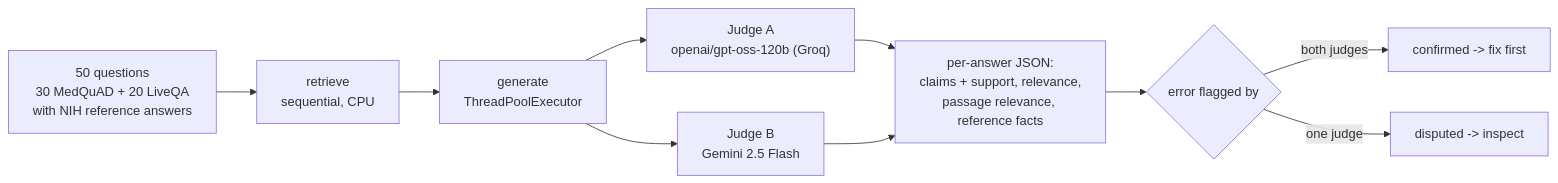
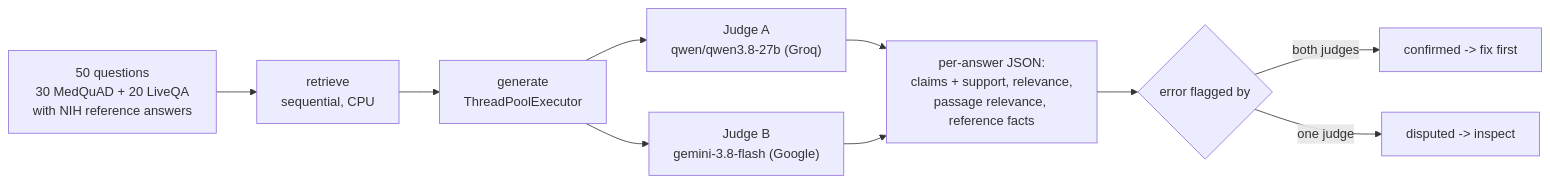
The ninth of 14 diagrams in README.md (pavanaditya123/healthcare-rag-assistant), drawn with Mermaid before and after one commit. The commit also changed other lines of this file, not shown here.

````diff
--- a/README.md
+++ b/README.md
@@ -486,12 +496,12 @@
 ```mermaid
 flowchart LR
     QS["50 questions<br/>30 MedQuAD + 20 LiveQA<br/>with NIH reference answers"] --> R["retrieve<br/>sequential, CPU"]
     R --> G["generate<br/>ThreadPoolExecutor"]
-    G --> J1["Judge A<br/>openai/gpt-oss-120b (Groq)"]
-    G --> J2["Judge B<br/>Gemini 2.5 Flash"]
+    G --> J1["Judge A<br/>qwen/qwen3.8-27b (Groq)"]
+    G --> J2["Judge B<br/>gemini-3.8-flash (Google)"]
     J1 --> M["per-answer JSON:<br/>claims + support, relevance,<br/>passage relevance, reference facts"]
     J2 --> M
     M --> CF{"error flagged by"}
     CF -- "both judges" --> C["confirmed -> fix first"]
     CF -- "one judge" --> D["disputed -> inspect"]
 ```
````
